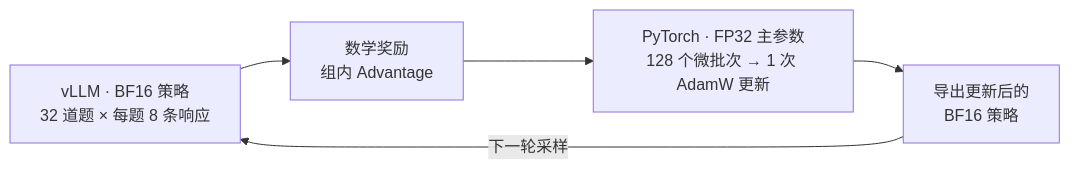
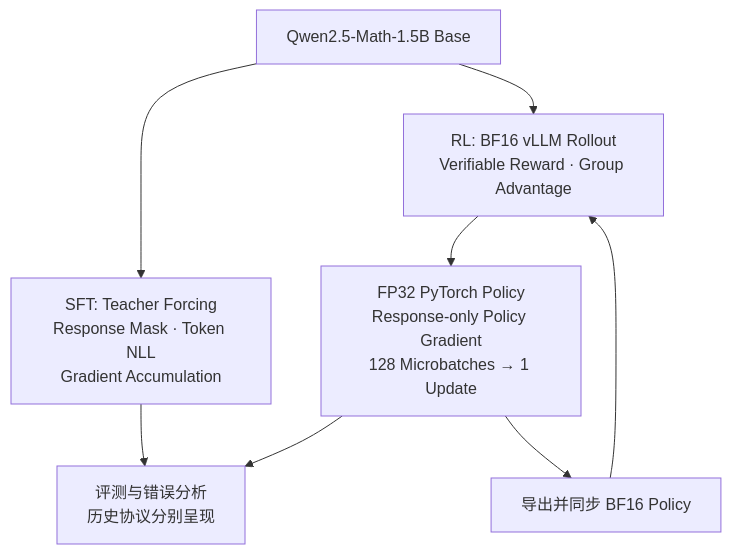
One commit to yicheng123123/Single-GPU-GRPO-Style-Post-Training-for-Mathematical-Reasoning changed the diagram in README_CN.md. Above: the diagram before and after it, drawn with Mermaid. The commit also changed other lines of this file and 44 other files, not shown here.

````diff
--- a/README_CN.md
+++ b/README_CN.md
@@ -57,7 +47,10 @@
 ```mermaid
-flowchart LR
-    V["vLLM · BF16 策略<br/>32 道题 × 每题 8 条响应"] --> R["数学奖励<br/>组内 Advantage"]
-    R --> T["PyTorch · FP32 主参数<br/>128 个微批次 → 1 次 AdamW 更新"]
-    T --> E["导出更新后的<br/>BF16 策略"]
-    E -->|下一轮采样| V
+flowchart TD
+    B["Qwen2.5-Math-1.5B Base"] --> S["SFT: Teacher Forcing<br/>Response Mask · Token NLL<br/>Gradient Accumulation"]
+    B --> R["RL: BF16 vLLM Rollout<br/>Verifiable Reward · Group Advantage"]
+    R --> T["FP32 PyTorch Policy<br/>Response-only Policy Gradient<br/>128 Microbatches → 1 Update"]
+    T --> X["导出并同步 BF16 Policy"]
+    X --> R
+    S --> E["评测与错误分析<br/>历史协议分别呈现"]
+    T --> E
 ```
````
